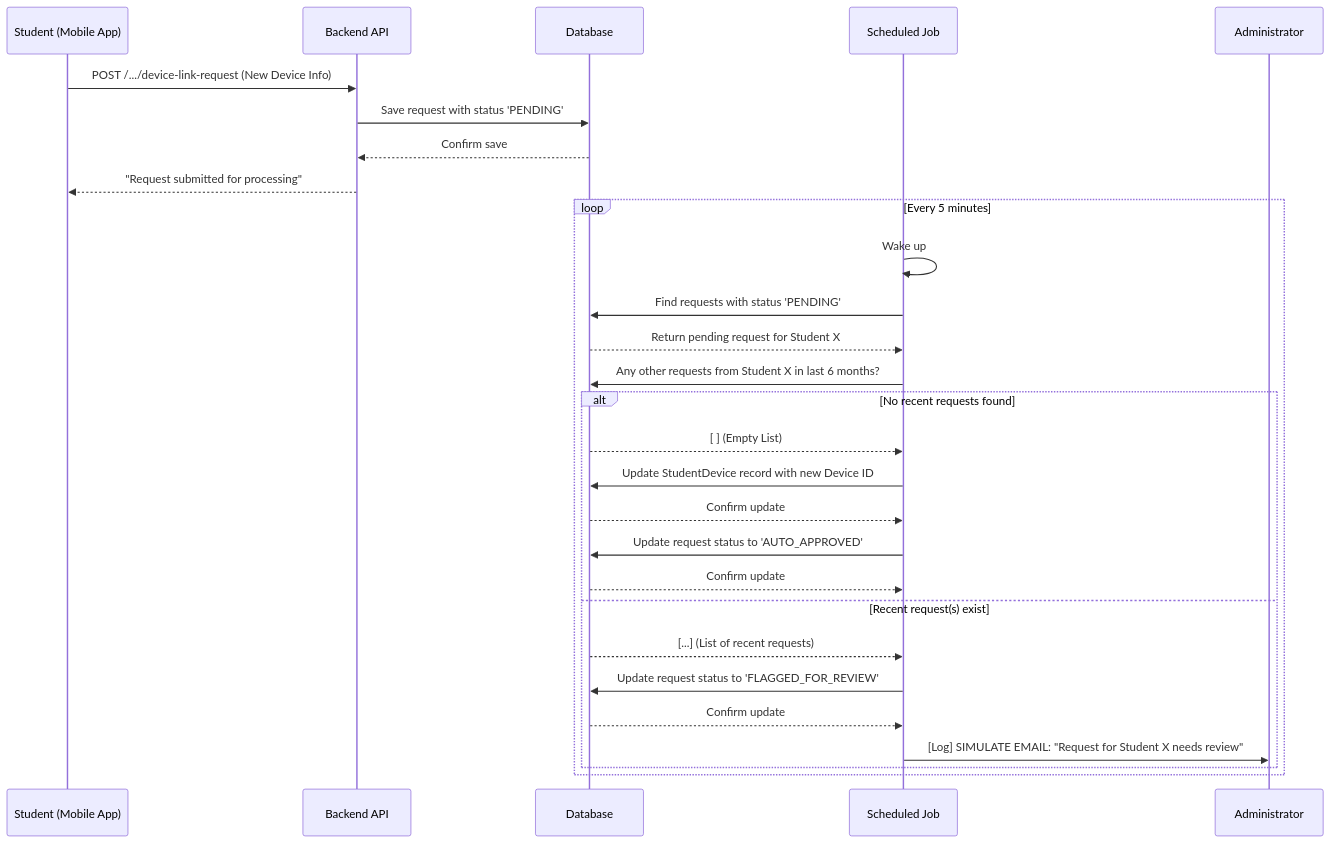
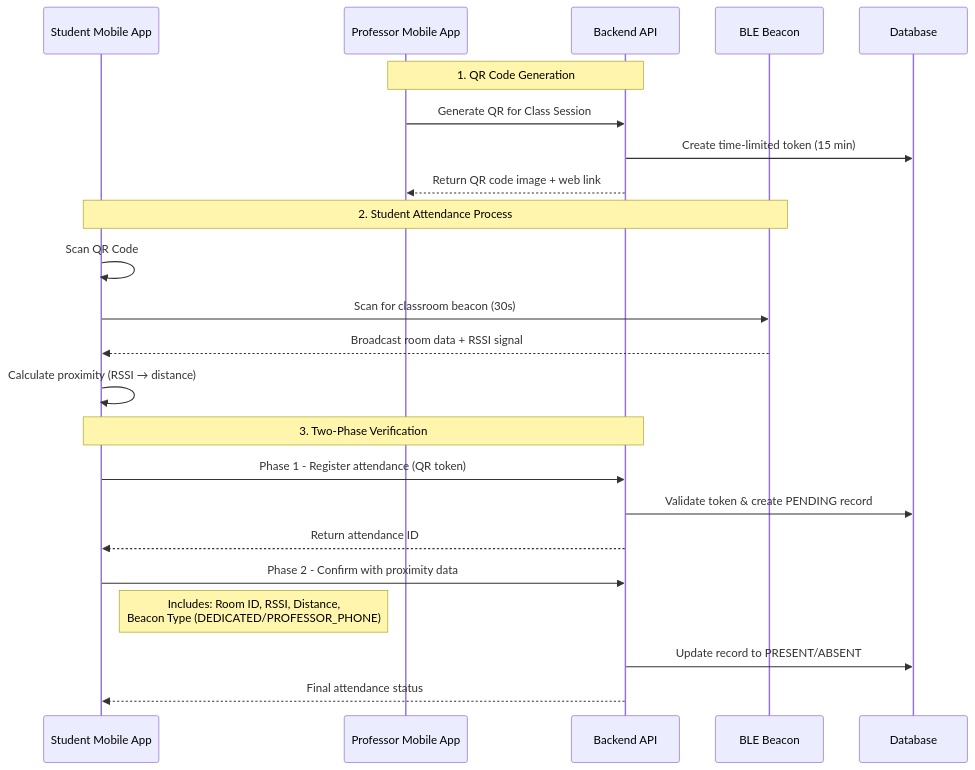
The first of 2 diagrams in PRESENTATION_README.md (StamenchoBog/attendance-app), drawn with Mermaid before and after one commit. The commit also changed other lines of this file and 5 other files, not shown here.

````diff
--- a/PRESENTATION_README.md
+++ b/PRESENTATION_README.md
@@ -109,33 +34,29 @@
 ```mermaid
 sequenceDiagram
-  participant Student as Student (Mobile App)
-  participant API as Backend API
-  participant DB as Database
-  participant Job as Scheduled Job
-  participant Admin as Administrator
+    participant S as Student Mobile App
+    participant P as Professor Mobile App
+    participant API as Backend API
+    participant B as BLE Beacon
+    participant DB as Database
 
-  Student->>API: POST /.../device-link-request (New Device Info)
-  API->>DB: Save request with status 'PENDING'
-  DB-->>API: Confirm save
-  API-->>Student: "Request submitted for processing"
+    Note over P,API: 1. QR Code Generation
+    P->>API: Generate QR for Class Session
+    API->>DB: Create time-limited token (15 min)
+    API-->>P: Return QR code image + web link
 
-  loop Every 5 minutes
-    Job->>Job: Wake up
-    Job->>DB: Find requests with status 'PENDING'
-    DB-->>Job: Return pending request for Student X
-
-    Job->>DB: Any other requests from Student X in last 6 months?
-    alt No recent requests found
-      DB-->>Job: [ ] (Empty List)
-      Job->>DB: Update StudentDevice record with new Device ID
-      DB-->>Job: Confirm update
-      Job->>DB: Update request status to 'AUTO_APPROVED'
-      DB-->>Job: Confirm update
-    else Recent request(s) exist
-      DB-->>Job: [...] (List of recent requests)
-      Job->>DB: Update request status to 'FLAGGED_FOR_REVIEW'
-      DB-->>Job: Confirm update
-      Job->>Admin: [Log] SIMULATE EMAIL: "Request for Student X needs review"
-    end
-  end
+    Note over S,B: 2. Student Attendance Process
+    S->>S: Scan QR Code
+    S->>B: Scan for classroom beacon (30s)
+    B-->>S: Broadcast room data + RSSI signal
+    S->>S: Calculate proximity (RSSI → distance)
+    
+    Note over S,API: 3. Two-Phase Verification
+    S->>API: Phase 1 - Register attendance (QR token)
+    API->>DB: Validate token & create PENDING record
+    API-->>S: Return attendance ID
+    
+    S->>API: Phase 2 - Confirm with proximity data
+    Note right of S: Includes: Room ID, RSSI, Distance,<br/>Beacon Type (DEDICATED/PROFESSOR_PHONE)
+    API->>DB: Update record to PRESENT/ABSENT
+    API-->>S: Final attendance status
 ```
````
